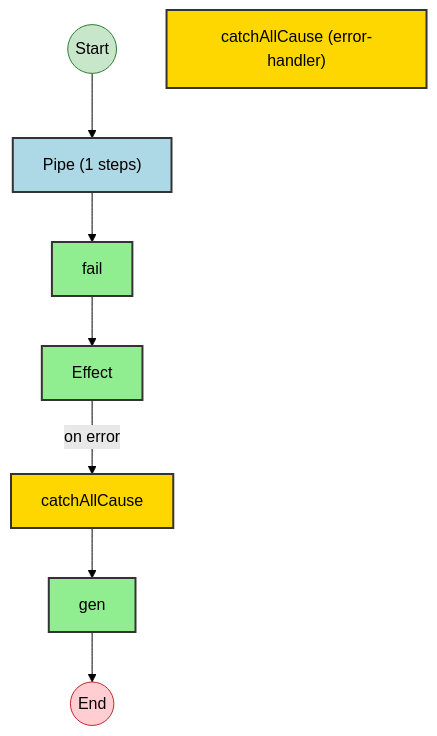
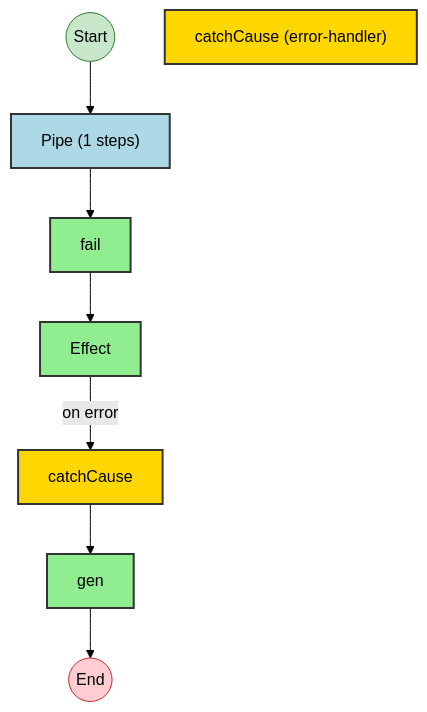
Before and after one commit to jagreehal/effect-analyzer: the tenth of 21 diagrams in packages/effect-analyzer/src/__fixtures__/complex-composition.effect-analysis.md, drawn with Mermaid (forest theme). The commit also changed other lines of this file and 131 other files, not shown here.

First line of the commit message:
feat!: Effect v4-only architecture with decomposed analysis interface (#202)

````diff
--- a/packages/effect-analyzer/src/__fixtures__/complex-composition.effect-analysis.md
+++ b/packages/effect-analyzer/src/__fixtures__/complex-composition.effect-analysis.md
@@ -689,38 +689,38 @@
 ```mermaid
 flowchart TB
 
-  %% Program: catchAllCauseProgram
+  %% Program: catchCauseProgram
 
   start((Start))
   end_node((End))
 
   n2["Pipe (1 steps)"]
   n3["fail"]
-  n4["catchAllCause (error-handler)"]
+  n4["catchCause (error-handler)"]
   n5["Effect"]
-  err_handler_6["catchAllCause"]
+  err_handler_6["catchCause"]
   n7["gen"]
 
   %% Edges
   n5 -->|on error| err_handler_6
   err_handler_6 --> n7
   n3 --> n5
   n2 --> n3
   start --> n2
   n7 --> end_node
 
   %% Styles
   classDef startStyle fill:#c8e6c9,stroke:#2e7d32
   classDef endStyle fill:#ffcdd2,stroke:#c62828
   classDef effectStyle fill:#90EE90,stroke:#333,stroke-width:2px
   classDef pipeStyle fill:#ADD8E6,stroke:#333,stroke-width:2px
   classDef errorHandlerStyle fill:#FFD700,stroke:#333,stroke-width:2px
   class start startStyle
   class end_node endStyle
   class n2 pipeStyle
   class n3 effectStyle
   class n4 errorHandlerStyle
   class n5 effectStyle
   class err_handler_6 errorHandlerStyle
   class n7 effectStyle
 ```
````
